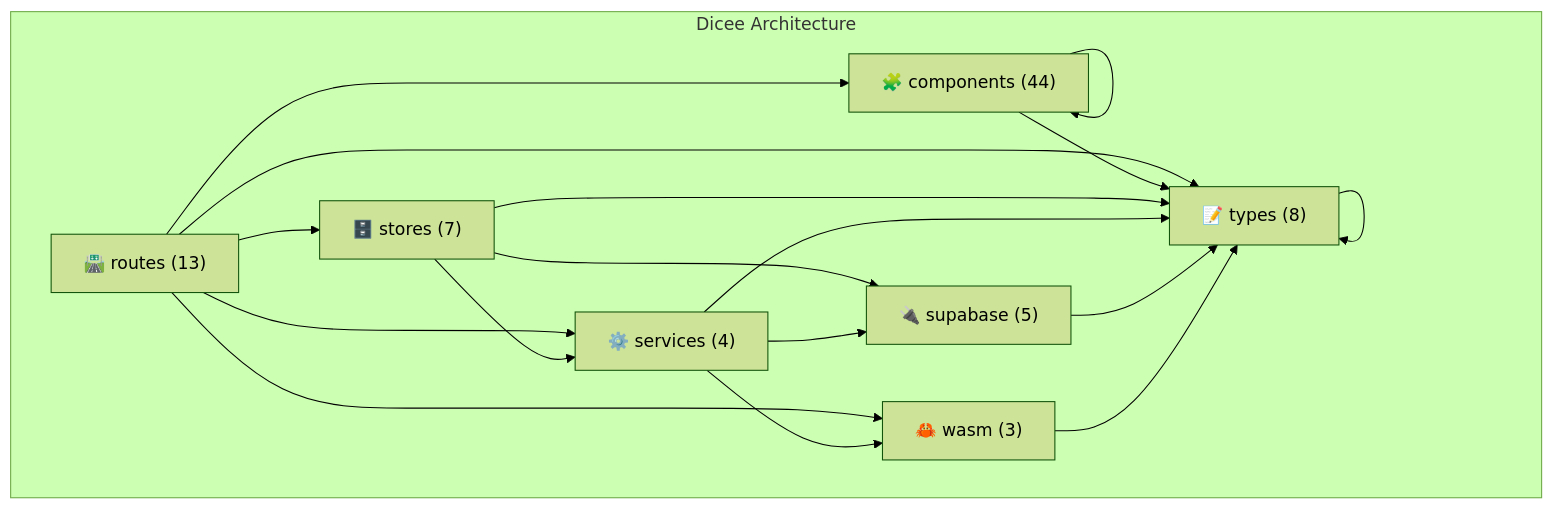
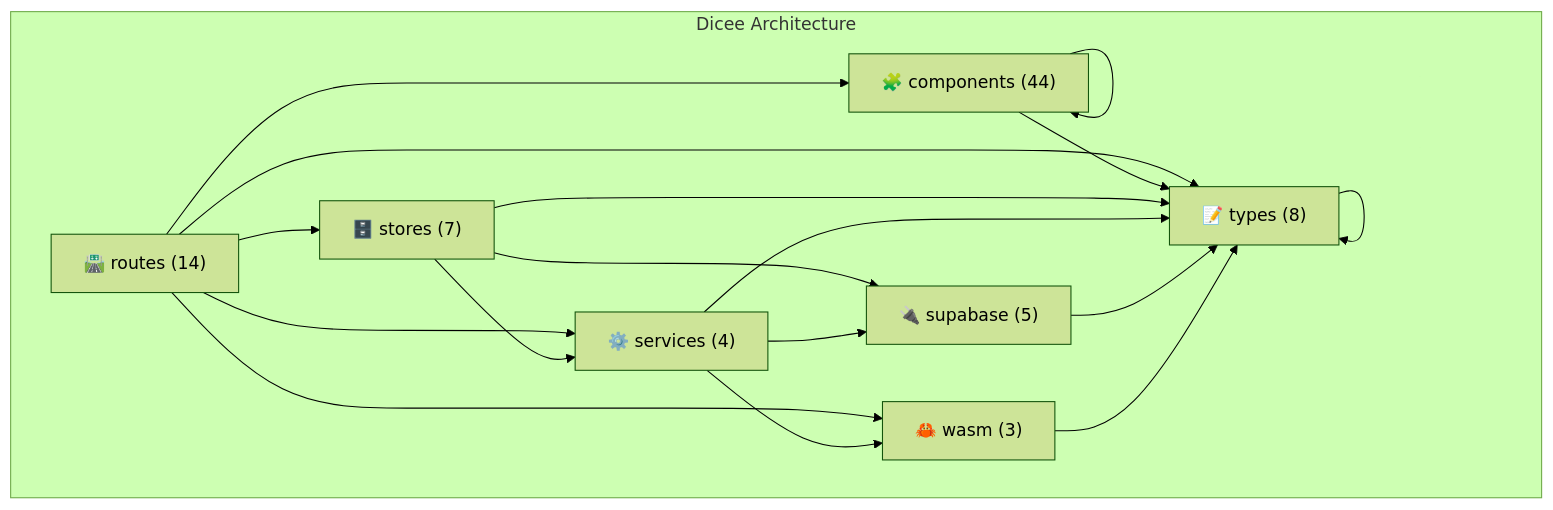
Before and after one commit to verlyn13/dicee: the diagram in docs/architecture/akg/diagrams/LAYER_ARCHITECTURE.md, drawn with Mermaid (forest theme). The commit also changed other lines of this file and 17 other files, not shown here.

````diff
--- a/docs/architecture/akg/diagrams/LAYER_ARCHITECTURE.md
+++ b/docs/architecture/akg/diagrams/LAYER_ARCHITECTURE.md
@@ -16,29 +16,29 @@
 ```mermaid
 flowchart TB
     subgraph "Dicee Architecture"
-        routes["🛣️ routes (13)"]
+        routes["🛣️ routes (14)"]
         components["🧩 components (44)"]
         stores["🗄️ stores (7)"]
         services["⚙️ services (4)"]
         types["📝 types (8)"]
         supabase["🔌 supabase (5)"]
         wasm["🦀 wasm (3)"]
     end
 
     routes --> components
     routes --> stores
     routes --> services
     routes --> types
     routes --> wasm
     components --> components
     components --> types
     stores --> services
     stores --> types
     stores --> supabase
     services --> types
     services --> supabase
     services --> wasm
     types --> types
     supabase --> types
     wasm --> types
 ```
````
